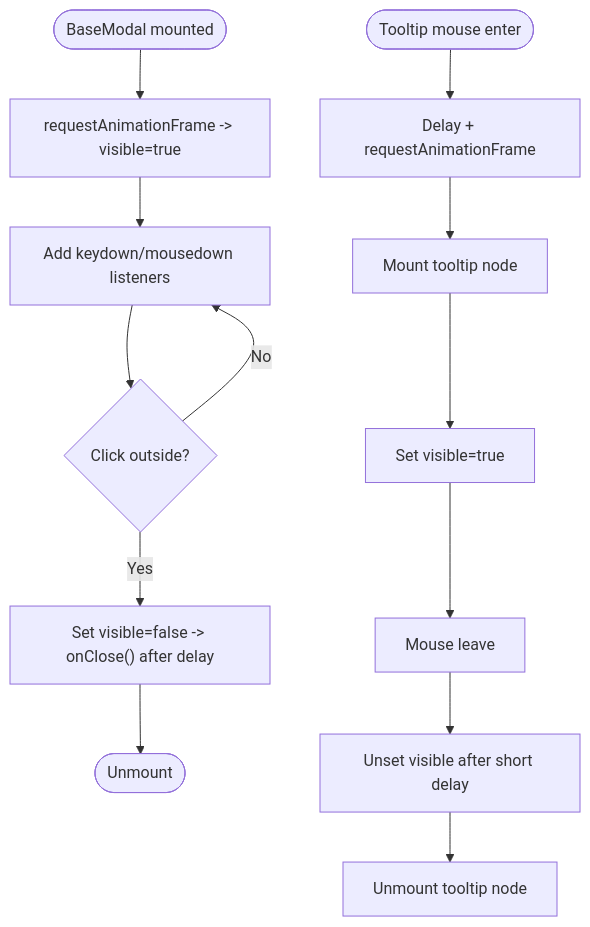
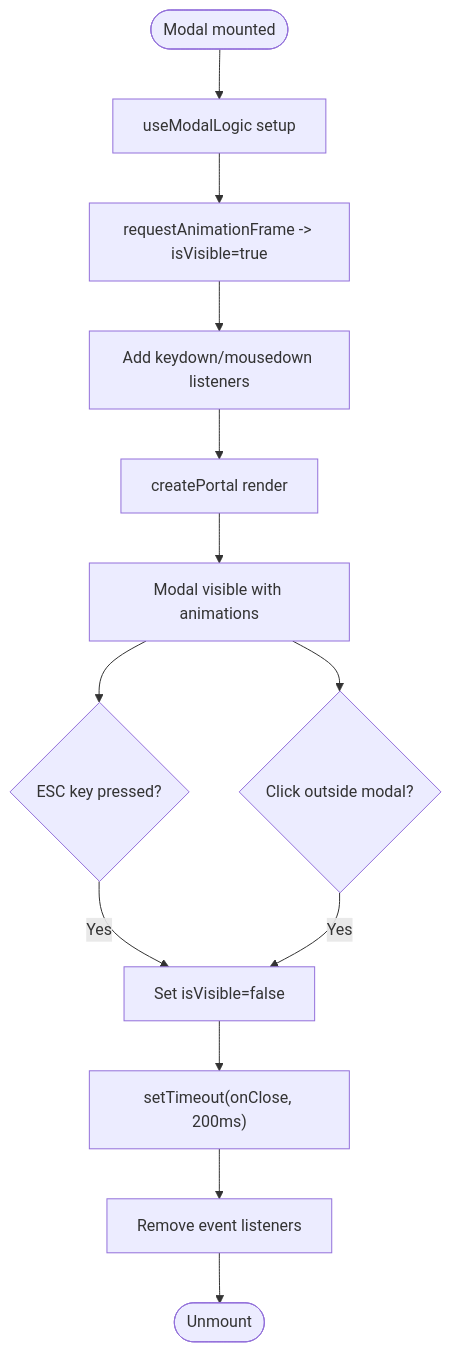
One commit to AlexKutz/math-app-next-js changed diagram 11 of 12 in .qoder/repowiki/en/content/Architecture & Design/Component Hierarchy & UI Architecture.md. Above: the diagram before and after it, drawn with Mermaid. The commit also changed other lines of this file and 125 other files, not shown here.

````diff
--- a/.qoder/repowiki/en/content/Architecture & Design/Component Hierarchy & UI Architecture.md
+++ b/.qoder/repowiki/en/content/Architecture & Design/Component Hierarchy & UI Architecture.md
@@ -321,15 +630,15 @@
 ```mermaid
 flowchart TD
-MStart(["BaseModal mounted"]) --> Show["requestAnimationFrame -> visible=true"]
-Show --> Listen["Add keydown/mousedown listeners"]
-Listen --> ClickOutside{"Click outside?"}
-ClickOutside --> |Yes| Close["Set visible=false -> onClose() after delay"]
-ClickOutside --> |No| Listen
-Close --> MEnd(["Unmount"])
-TStart(["Tooltip mouse enter"]) --> Debounce["Delay + requestAnimationFrame"]
-Debounce --> Mount["Mount tooltip node"]
-Mount --> Visible["Set visible=true"]
-Visible --> Leave["Mouse leave"]
-Leave --> Hide["Unset visible after short delay"]
-Hide --> Unmount["Unmount tooltip node"]
+MStart(["Modal mounted"]) --> Init["useModalLogic setup"]
+Init --> RAF["requestAnimationFrame -> isVisible=true"]
+RAF --> Listen["Add keydown/mousedown listeners"]
+Listen --> Portal["createPortal render"]
+Portal --> Visible["Modal visible with animations"]
+Visible --> ESC{"ESC key pressed?"}
+Visible --> ClickOutside{"Click outside modal?"}
+ESC --> |Yes| Close["Set isVisible=false"]
+ClickOutside --> |Yes| Close
+Close --> Timeout["setTimeout(onClose, 200ms)"]
+Timeout --> Cleanup["Remove event listeners"]
+Cleanup --> MEnd(["Unmount"])
 ```
````
